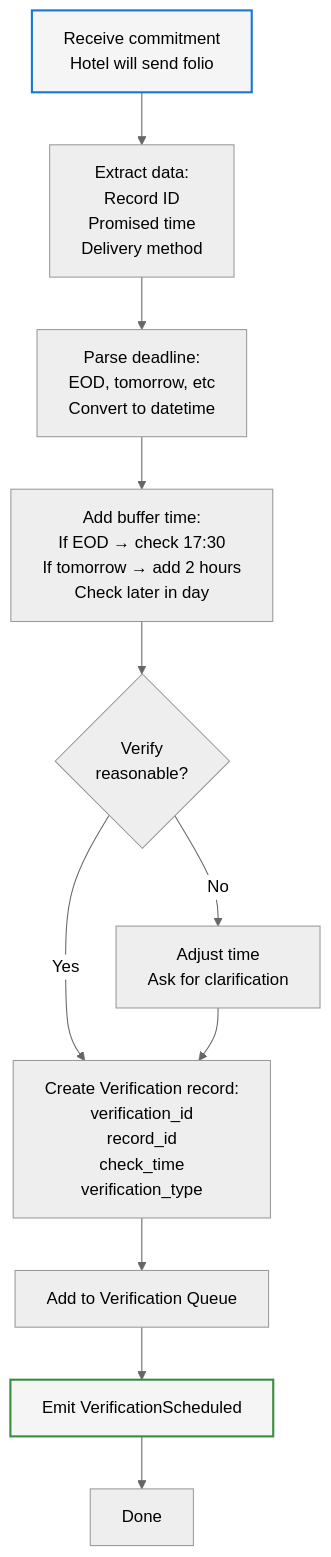
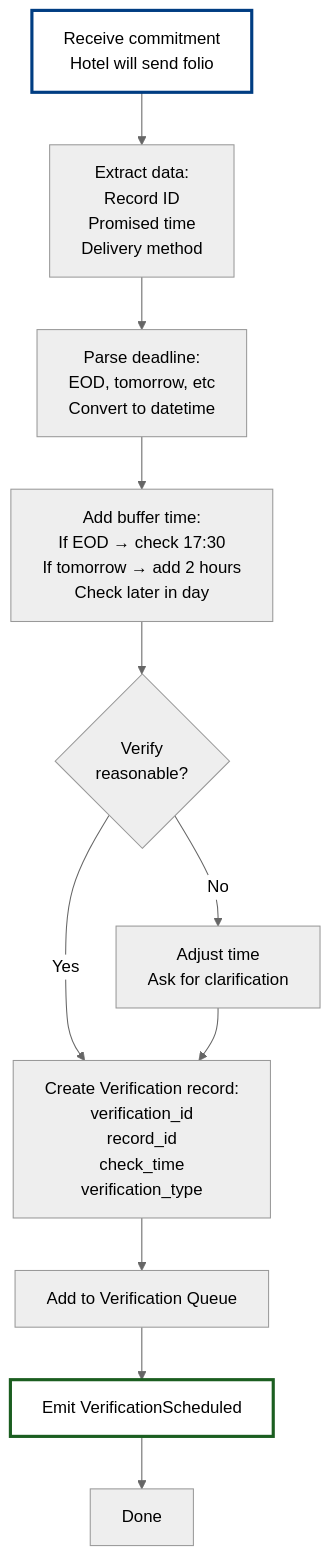
One commit to Org-for-Folio-AI/FolioAISpecs changed the second of 2 diagrams in design/components/09-Callback-Manager.md. Above: the diagram before and after it, drawn with Mermaid (neutral theme). The commit also changed other lines of this file and 11 other files, not shown here.

First line of the commit message:
Improve mermaid diagrams: increase font size, darker colors, thicker strokes

````diff
--- a/design/components/09-Callback-Manager.md
+++ b/design/components/09-Callback-Manager.md
@@ -93,24 +94,25 @@
 ```mermaid
+%%{init: {'fontSize': 18, 'fontFamily': 'arial'}}%%
 flowchart TD
     Start["Receive commitment<br/>Hotel will send folio"] --> Extract["Extract data:<br/>Record ID<br/>Promised time<br/>Delivery method"]
 
     Extract --> Parse["Parse deadline:<br/>EOD, tomorrow, etc<br/>Convert to datetime"]
 
     Parse --> AddBuffer["Add buffer time:<br/>If EOD → check 17:30<br/>If tomorrow → add 2 hours<br/>Check later in day"]
 
     AddBuffer --> Verify{Verify<br/>reasonable?}
 
     Verify -->|No| Adjust["Adjust time<br/>Ask for clarification"]
     Verify -->|Yes| Create
 
     Adjust --> Create
 
     Create["Create Verification record:<br/>verification_id<br/>record_id<br/>check_time<br/>verification_type"]
 
     Create --> Store["Add to Verification Queue"]
     Store --> Emit["Emit VerificationScheduled"]
     Emit --> Done["Done"]
 
-    style Start stroke:#1976d2,fill:#f5f5f5,stroke-width:2px
-    style Emit stroke:#388e3c,fill:#f5f5f5,stroke-width:2px
+    style Start stroke:#003d82,fill:#ffffff,stroke-width:3px,font-size:16px
+    style Emit stroke:#1b5e20,fill:#ffffff,stroke-width:3px,font-size:16px
 ```
````
